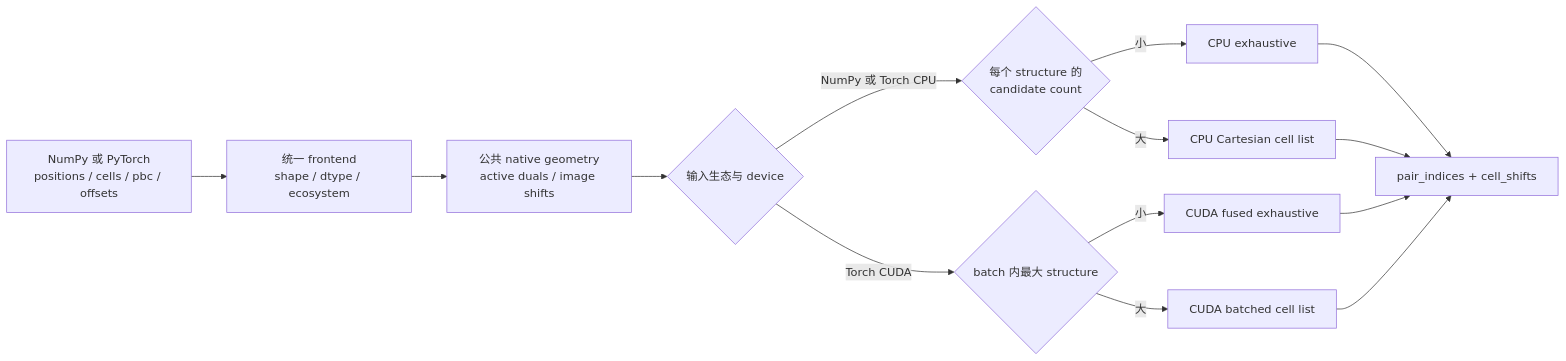
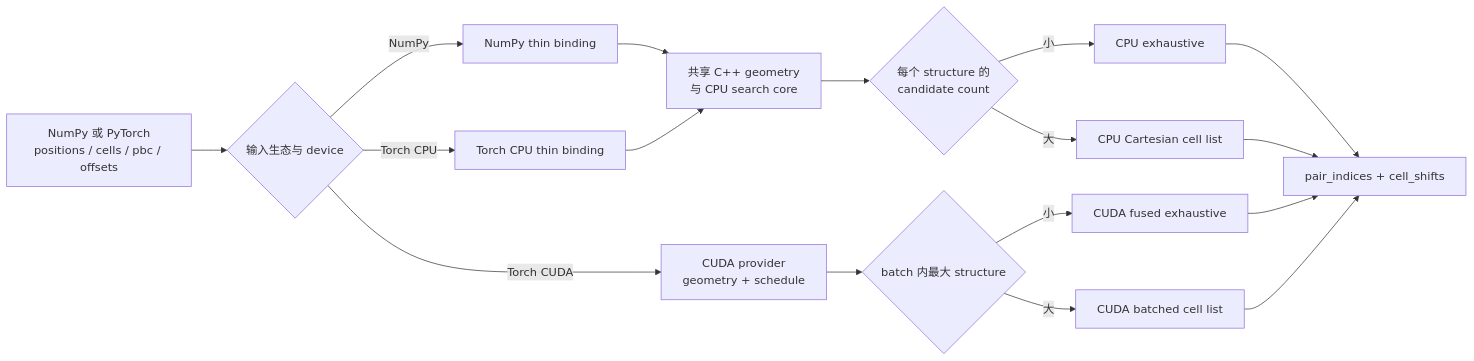
Before and after one commit to songfeitong/tonari: the diagram in docs/algorithm-overview.md, drawn with Mermaid. The commit also changed other lines of this file and 42 other files, not shown here.

Commit message:
refactor architecture around neutral native core

````diff
--- a/docs/algorithm-overview.md
+++ b/docs/algorithm-overview.md
@@ -19,16 +19,19 @@
 ```mermaid
 flowchart LR
-    A["NumPy 或 PyTorch<br/>positions / cells / pbc / offsets"] --> B["统一 frontend<br/>shape / dtype / ecosystem"]
-    B --> C["公共 native geometry<br/>active duals / image shifts"]
-    C --> D{"输入生态与 device"}
-    D -- "NumPy 或 Torch CPU" --> E{"每个 structure 的<br/>candidate count"}
-    E -- "小" --> F["CPU exhaustive"]
-    E -- "大" --> G["CPU Cartesian cell list"]
-    D -- "Torch CUDA" --> H{"batch 内最大 structure"}
-    H -- "小" --> I["CUDA fused exhaustive"]
-    H -- "大" --> J["CUDA batched cell list"]
-    F --> K["pair_indices + cell_shifts"]
-    G --> K
-    I --> K
-    J --> K
+    A["NumPy 或 PyTorch<br/>positions / cells / pbc / offsets"] --> B{"输入生态与 device"}
+    B -- "NumPy" --> C["NumPy thin binding"]
+    B -- "Torch CPU" --> D["Torch CPU thin binding"]
+    C --> E["共享 C++ geometry<br/>与 CPU search core"]
+    D --> E
+    E --> F{"每个 structure 的<br/>candidate count"}
+    F -- "小" --> G["CPU exhaustive"]
+    F -- "大" --> H["CPU Cartesian cell list"]
+    B -- "Torch CUDA" --> I["CUDA provider<br/>geometry + schedule"]
+    I --> J{"batch 内最大 structure"}
+    J -- "小" --> K["CUDA fused exhaustive"]
+    J -- "大" --> L["CUDA batched cell list"]
+    G --> M["pair_indices + cell_shifts"]
+    H --> M
+    K --> M
+    L --> M
 ```
````
